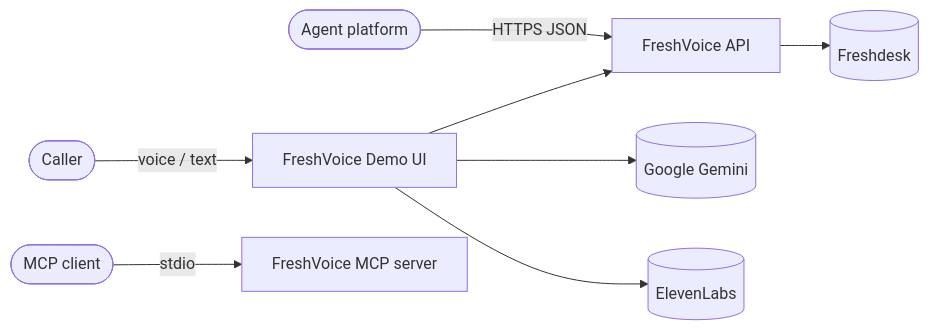
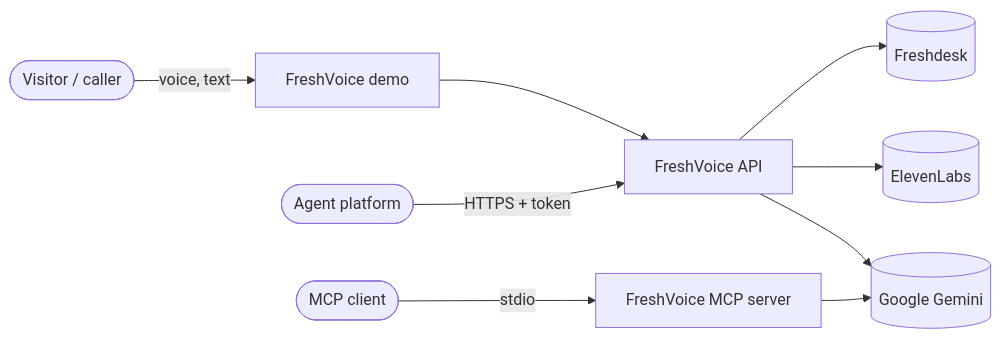
The first of 6 diagrams in specs/000-freshvoice-system/design.md (ramanathanmani/great-agent-hackathon-2026), drawn with Mermaid before and after one commit. The commit also changed other lines of this file and 4 other files, not shown here.

````diff
--- a/specs/000-freshvoice-system/design.md
+++ b/specs/000-freshvoice-system/design.md
@@ -24,10 +25,11 @@
 ```mermaid
 flowchart LR
-  Caller([Caller]) -->|voice / text| UI[FreshVoice Demo UI]
-  Agent([Agent platform]) -->|HTTPS JSON| API[FreshVoice API]
+  Caller([Visitor / caller]) -->|voice, text| UI[FreshVoice demo]
+  Agent([Agent platform]) -->|HTTPS + token| API[FreshVoice API]
   MCPc([MCP client]) -->|stdio| MCP[FreshVoice MCP server]
-  UI --> Gemini[(Google Gemini)]
-  UI --> Eleven[(ElevenLabs)]
   UI --> API
+  API --> Gemini[(Google Gemini)]
+  API --> Eleven[(ElevenLabs)]
   API --> FD[(Freshdesk)]
+  MCP --> Gemini
 ```
````
